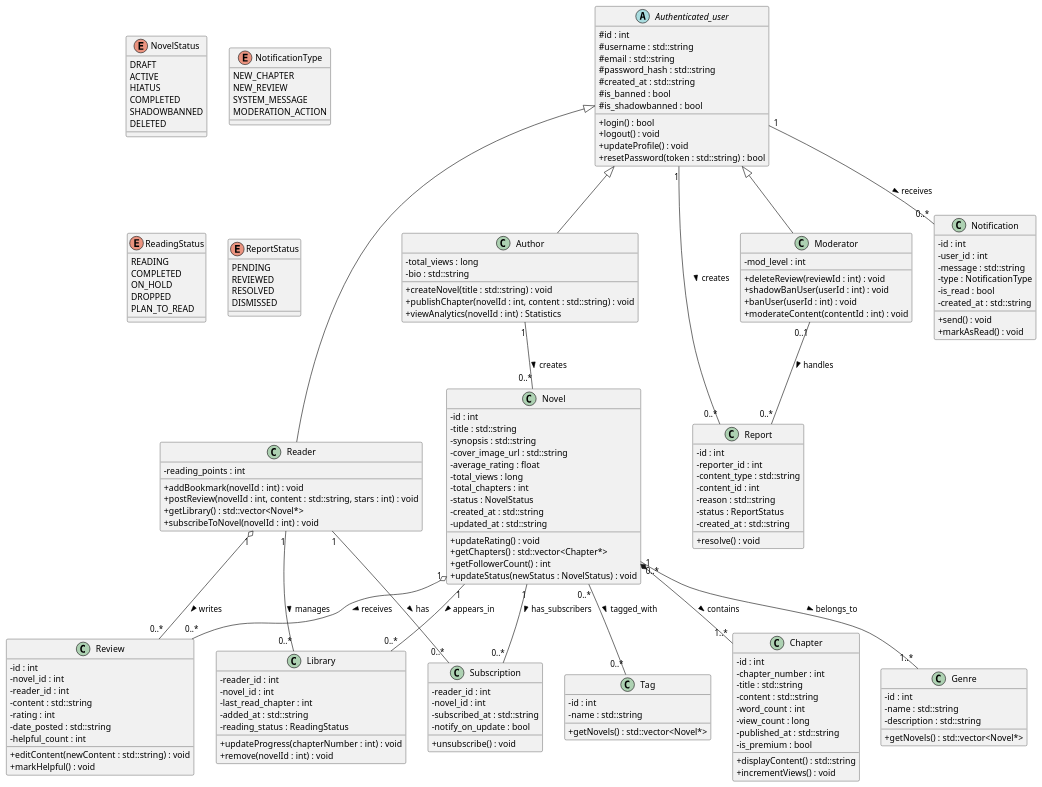
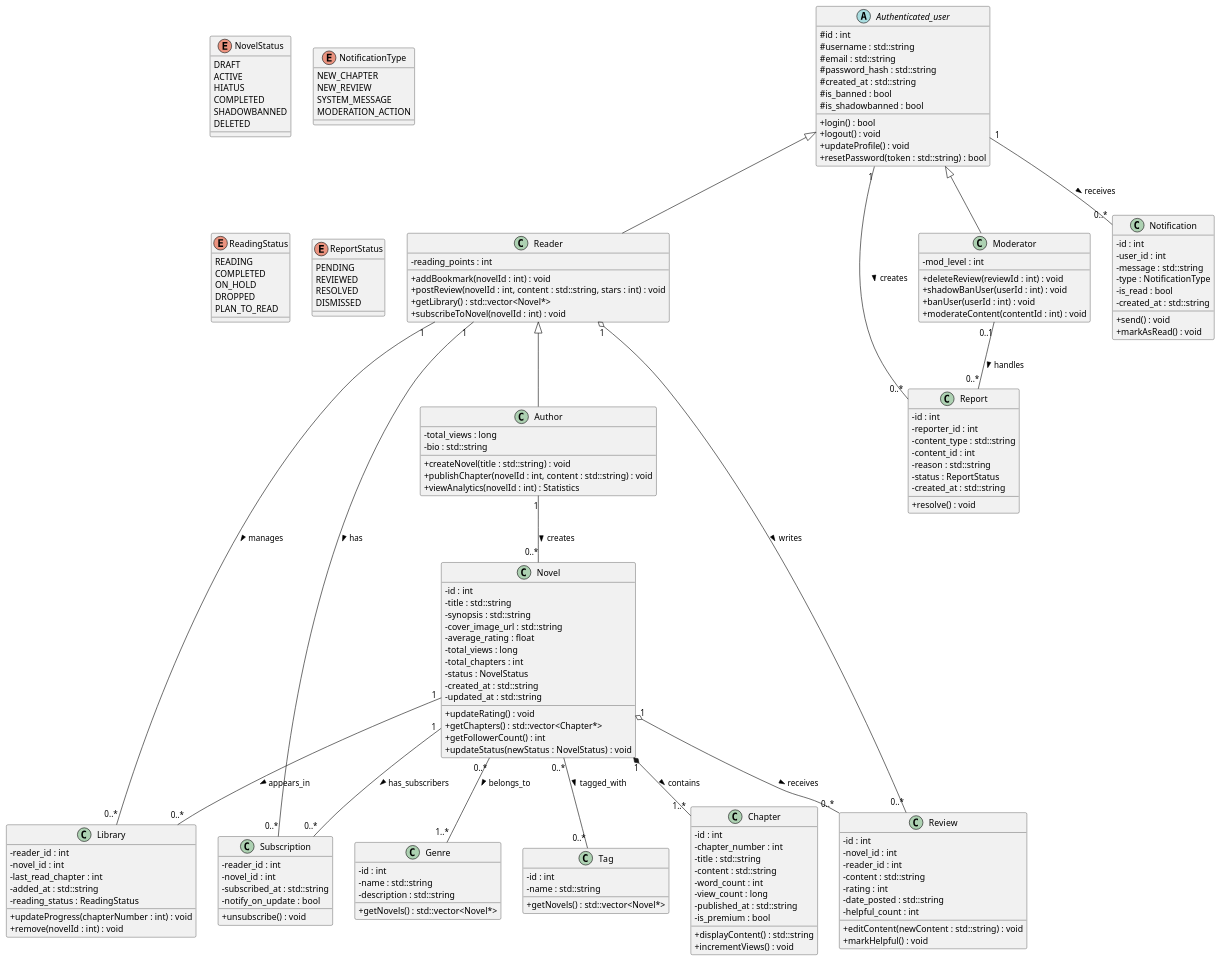
Before and after one commit to matthieuzajac/UML_project: the diagram in src/Class.wsd, drawn with PlantUML. The commit also changed 9 other files, not shown here.

Commit message:
Modify UML diagrams: Author inherits from Reader and simplify Use Case diagram

```diff
--- a/src/Class.wsd
+++ b/src/Class.wsd
@@ -1,192 +1,193 @@
 @startuml class diagram
 skinparam classAttributeIconSize 0
 
 abstract class Authenticated_user {
     # id : int
     # username : std::string
     # email : std::string
     # password_hash : std::string
     # created_at : std::string
     # is_banned : bool
     # is_shadowbanned : bool
     + login() : bool
     + logout() : void
     + updateProfile() : void
     + resetPassword(token : std::string) : bool
 }
 
 class Reader {
     - reading_points : int
     + addBookmark(novelId : int) : void
     + postReview(novelId : int, content : std::string, stars : int) : void
     + getLibrary() : std::vector<Novel*>
     + subscribeToNovel(novelId : int) : void
 }
 
 class Author {
     - total_views : long
     - bio : std::string
     + createNovel(title : std::string) : void
     + publishChapter(novelId : int, content : std::string) : void
     + viewAnalytics(novelId : int) : Statistics
 }
 
 class Moderator {
     - mod_level : int
     + deleteReview(reviewId : int) : void
     + shadowBanUser(userId : int) : void
     + banUser(userId : int) : void
     + moderateContent(contentId : int) : void
 }
 
 class Novel {
     - id : int
     - title : std::string
     - synopsis : std::string
     - cover_image_url : std::string
     - average_rating : float
     - total_views : long
     - total_chapters : int
     - status : NovelStatus
     - created_at : std::string
     - updated_at : std::string
     + updateRating() : void
     + getChapters() : std::vector<Chapter*>
     + getFollowerCount() : int
     + updateStatus(newStatus : NovelStatus) : void
 }
 
 class Chapter {
     - id : int
     - chapter_number : int
     - title : std::string
     - content : std::string
     - word_count : int
     - view_count : long
     - published_at : std::string
     - is_premium : bool
     + displayContent() : std::string
     + incrementViews() : void
 }
 
 class Review {
     - id : int
     - novel_id : int
     - reader_id : int
     - content : std::string
     - rating : int
     - date_posted : std::string
     - helpful_count : int
     + editContent(newContent : std::string) : void
     + markHelpful() : void
 }
 
 class Notification {
     - id : int
     - user_id : int
     - message : std::string
     - type : NotificationType
     - is_read : bool
     - created_at : std::string
     + send() : void
     + markAsRead() : void
 }
 
 class Library {
     - reader_id : int
     - novel_id : int
     - last_read_chapter : int
     - added_at : std::string
     - reading_status : ReadingStatus
     + updateProgress(chapterNumber : int) : void
     + remove(novelId : int) : void
 }
 
 class Subscription {
     - reader_id : int
     - novel_id : int
     - subscribed_at : std::string
     - notify_on_update : bool
     + unsubscribe() : void
 }
 
 class Genre {
     - id : int
     - name : std::string
     - description : std::string
     + getNovels() : std::vector<Novel*>
 }
 
 class Tag {
     - id : int
     - name : std::string
     + getNovels() : std::vector<Novel*>
 }
 
 class Report {
     - id : int
     - reporter_id : int
     - content_type : std::string
     - content_id : int
     - reason : std::string
     - status : ReportStatus
     - created_at : std::string
     + resolve() : void
 }
 
 enum NovelStatus {
     DRAFT
     ACTIVE
     HIATUS
     COMPLETED
     SHADOWBANNED
     DELETED
 }
 
 enum NotificationType {
     NEW_CHAPTER
     NEW_REVIEW
     SYSTEM_MESSAGE
     MODERATION_ACTION
 }
 
 enum ReadingStatus {
     READING
     COMPLETED
     ON_HOLD
     DROPPED
     PLAN_TO_READ
 }
 
 enum ReportStatus {
     PENDING
     REVIEWED
     RESOLVED
     DISMISSED
 }
 
-' Héritage
+' Héritage : Author hérite de Reader, qui hérite de Authenticated_user
+' Un Author est toujours un Reader, mais un Reader n'est pas toujours un Author
 Authenticated_user <|-- Reader
-Authenticated_user <|-- Author
+Reader <|-- Author
 Authenticated_user <|-- Moderator
 
 ' Composition (Le diamant noir : si le Novel est supprimé, les chapitres le sont aussi)
 Novel "1" *-- "1..*" Chapter : contains >
 
 ' Agrégation (Le diamant blanc : la critique existe grâce au lecteur mais est liée au roman)
 Reader "1" o-- "0..*" Review : writes >
 Novel "1" o-- "0..*" Review : receives >
 
 ' Associations
 Author "1" -- "0..*" Novel : creates >
 Authenticated_user "1" -- "0..*" Notification : receives >
 Reader "1" -- "0..*" Library : manages >
 Novel "1" -- "0..*" Library : appears_in >
 Reader "1" -- "0..*" Subscription : has >
 Novel "1" -- "0..*" Subscription : has_subscribers >
 Novel "0..*" -- "1..*" Genre : belongs_to >
 Novel "0..*" -- "0..*" Tag : tagged_with >
 Authenticated_user "1" -- "0..*" Report : creates >
 Moderator "0..1" -- "0..*" Report : handles >
 
 @enduml
```
